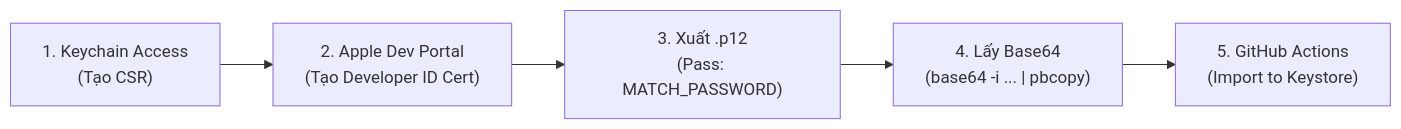
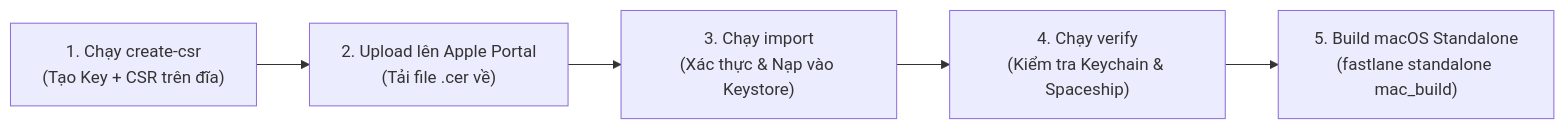
One commit to thanhlv-com/thanhlv-fastlane changed the diagram in docs/DEVELOPER_ID_GUIDE.md. Above: the diagram before and after it, drawn with Mermaid. The commit also changed other lines of this file and 3 other files, not shown here.

````diff
--- a/docs/DEVELOPER_ID_GUIDE.md
+++ b/docs/DEVELOPER_ID_GUIDE.md
@@ -34,7 +36,7 @@
 ```mermaid
 flowchart LR
-    A["1. Keychain Access<br>(Tạo CSR)"] --> B["2. Apple Dev Portal<br>(Tạo Developer ID Cert)"]
-    B --> C["3. Xuất .p12<br>(Pass: MATCH_PASSWORD)"]
-    C --> D["4. Lấy Base64<br>(base64 -i ... | pbcopy)"]
-    D --> E["5. GitHub Actions<br>(Import to Keystore)"]
+    A["1. Chạy create-csr<br>(Tạo Key + CSR trên đĩa)"] --> B["2. Upload lên Apple Portal<br>(Tải file .cer về)"]
+    B --> C["3. Chạy import<br>(Xác thực & Nạp vào Keystore)"]
+    C --> D["4. Chạy verify<br>(Kiểm tra Keychain & Spaceship)"]
+    D --> E["5. Build macOS Standalone<br>(fastlane standalone mac_build)"]
 ```
````
